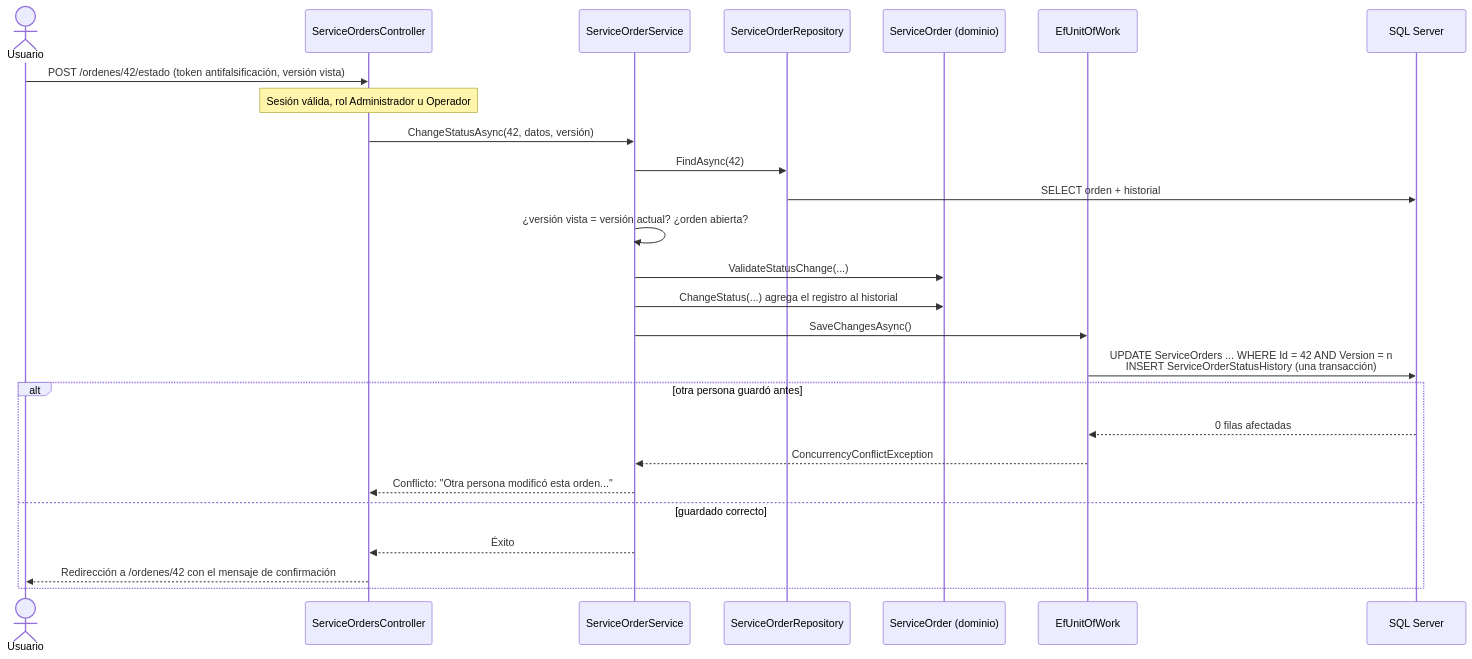
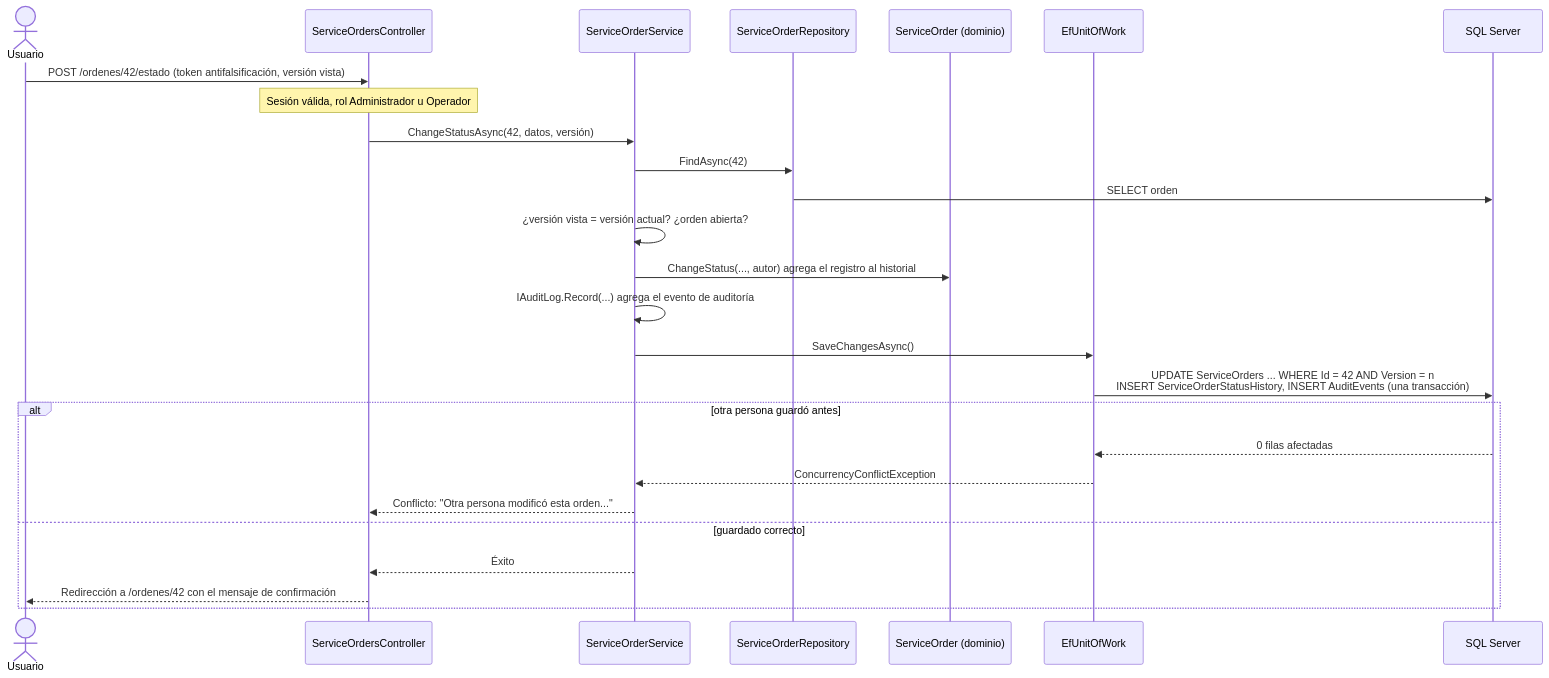
One commit to JJMonzon072/fixtrack changed the second of 3 diagrams in docs/arquitectura.md. Above: the diagram before and after it, drawn with Mermaid. The commit also changed other lines of this file, not shown here.

Commit message:
docs(arquitectura): seguridad, auditoría, concurrencia, resiliencia y respaldos de la fase 4

````diff
--- a/docs/arquitectura.md
+++ b/docs/arquitectura.md
@@ -34,29 +34,29 @@
 ```mermaid
 sequenceDiagram
     actor U as Usuario
     participant C as ServiceOrdersController
     participant S as ServiceOrderService
     participant R as ServiceOrderRepository
     participant D as ServiceOrder (dominio)
     participant W as EfUnitOfWork
     participant B as SQL Server
 
     U->>C: POST /ordenes/42/estado (token antifalsificación, versión vista)
     Note over C: Sesión válida, rol Administrador u Operador
     C->>S: ChangeStatusAsync(42, datos, versión)
     S->>R: FindAsync(42)
-    R->>B: SELECT orden + historial
+    R->>B: SELECT orden
     S->>S: ¿versión vista = versión actual? ¿orden abierta?
-    S->>D: ValidateStatusChange(...)
-    S->>D: ChangeStatus(...) agrega el registro al historial
+    S->>D: ChangeStatus(..., autor) agrega el registro al historial
+    S->>S: IAuditLog.Record(...) agrega el evento de auditoría
     S->>W: SaveChangesAsync()
-    W->>B: UPDATE ServiceOrders ... WHERE Id = 42 AND Version = n<br/>INSERT ServiceOrderStatusHistory (una transacción)
+    W->>B: UPDATE ServiceOrders ... WHERE Id = 42 AND Version = n<br/>INSERT ServiceOrderStatusHistory, INSERT AuditEvents (una transacción)
     alt otra persona guardó antes
         B-->>W: 0 filas afectadas
         W-->>S: ConcurrencyConflictException
         S-->>C: Conflicto: "Otra persona modificó esta orden..."
     else guardado correcto
         S-->>C: Éxito
         C-->>U: Redirección a /ordenes/42 con el mensaje de confirmación
     end
 ```
````
